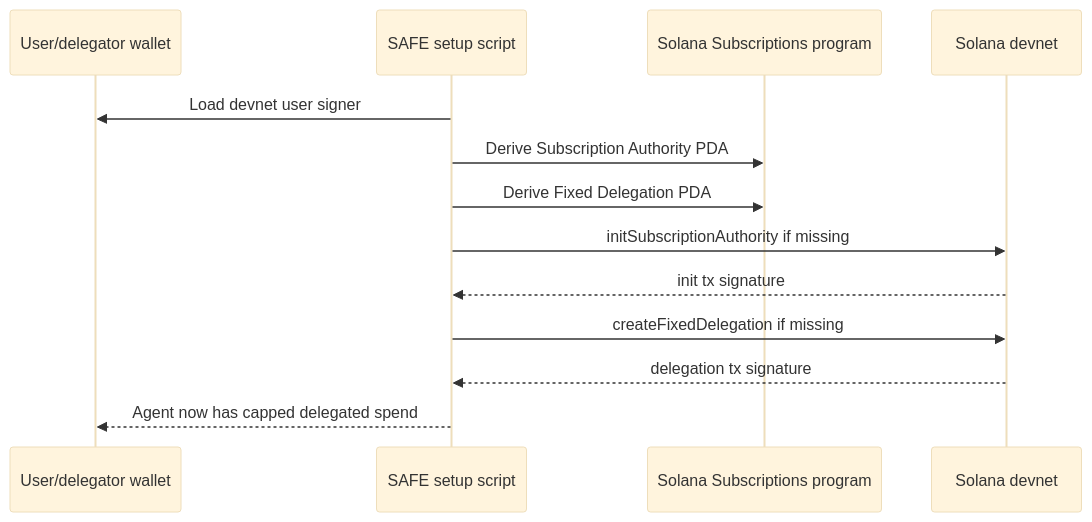
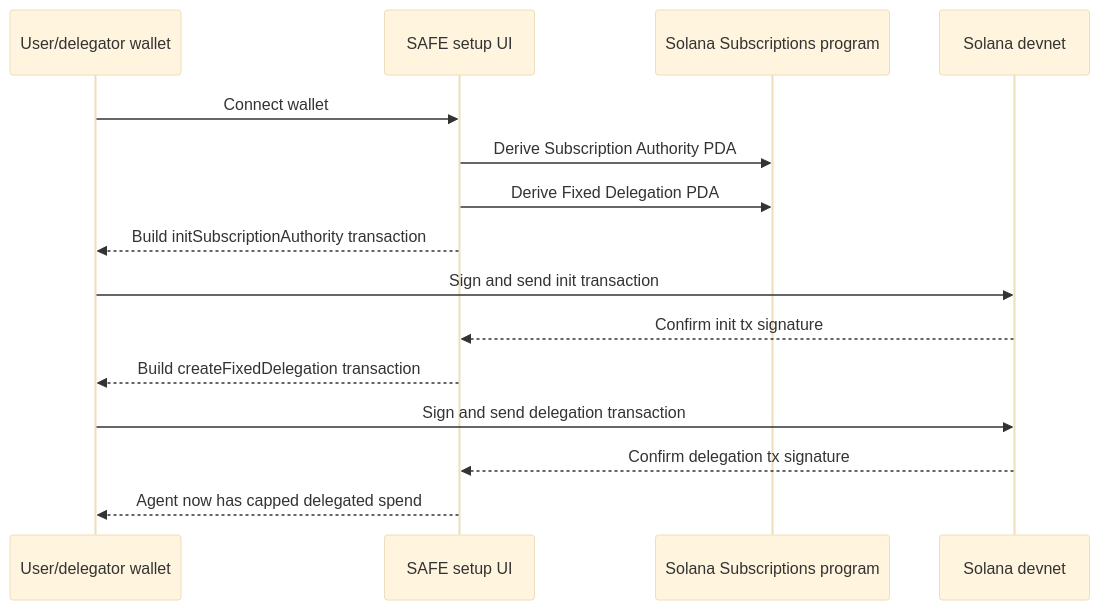
The fourth of 10 diagrams in architecture.md (Marcussy34/SAFE), drawn with Mermaid (base theme) before and after one commit. The commit also changed other lines of this file and 27 other files, not shown here.

Commit message:
Update environment configuration, enhance documentation, and improve UI components for wallet-based allowance setup. Added local x402 facilitator support and refined payment flow diagrams. Adjusted styles for better visual consistency across the dashboard.

````diff
--- a/architecture.md
+++ b/architecture.md
@@ -144,16 +155,18 @@
 ```mermaid
 sequenceDiagram
   participant User as User/delegator wallet
-  participant SAFE as SAFE setup script
+  participant SAFE as SAFE setup UI
   participant Sub as Solana Subscriptions program
   participant Chain as Solana devnet
 
-  SAFE->>User: Load devnet user signer
+  User->>SAFE: Connect wallet
   SAFE->>Sub: Derive Subscription Authority PDA
   SAFE->>Sub: Derive Fixed Delegation PDA
-  SAFE->>Chain: initSubscriptionAuthority if missing
-  Chain-->>SAFE: init tx signature
-  SAFE->>Chain: createFixedDelegation if missing
-  Chain-->>SAFE: delegation tx signature
+  SAFE-->>User: Build initSubscriptionAuthority transaction
+  User->>Chain: Sign and send init transaction
+  Chain-->>SAFE: Confirm init tx signature
+  SAFE-->>User: Build createFixedDelegation transaction
+  User->>Chain: Sign and send delegation transaction
+  Chain-->>SAFE: Confirm delegation tx signature
   SAFE-->>User: Agent now has capped delegated spend
 ```
````
